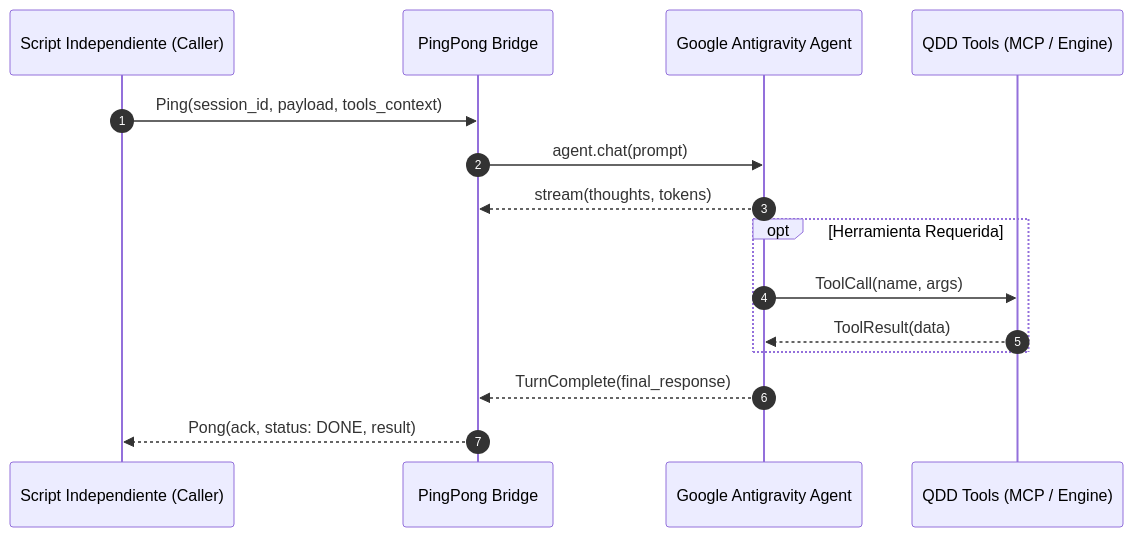
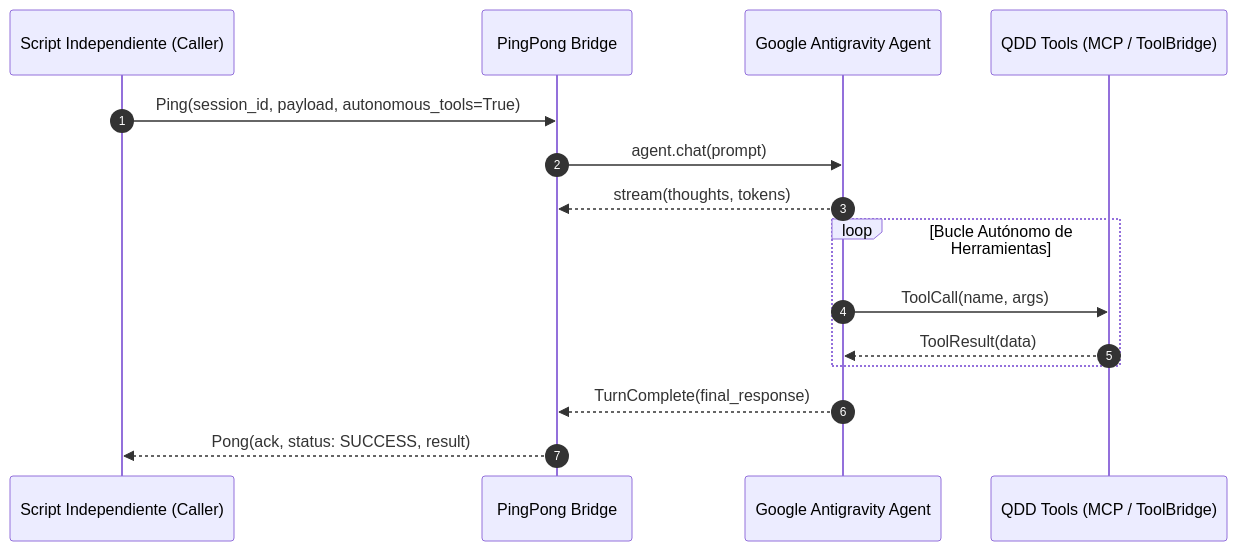
The diagram in plugins/qdd-antigravity-tools/skills/qdd-antigravity-tools/SKILL.md (trdago/qdd-framework), drawn with Mermaid before and after one commit. The commit also changed other lines of this file and 65 other files, not shown here.

First line of the commit message:
feat(plugins): qdd-antigravity-tools con backend agentapi y bucle autónomo de herramientas

````diff
--- a/plugins/qdd-antigravity-tools/skills/qdd-antigravity-tools/SKILL.md
+++ b/plugins/qdd-antigravity-tools/skills/qdd-antigravity-tools/SKILL.md
@@ -30,18 +31,18 @@
 ```mermaid
 sequenceDiagram
     autonumber
     participant Script as Script Independiente (Caller)
     participant Bridge as PingPong Bridge
     participant Agent as Google Antigravity Agent
-    participant Tools as QDD Tools (MCP / Engine)
+    participant Tools as QDD Tools (MCP / ToolBridge)
 
-    Script->>Bridge: Ping(session_id, payload, tools_context)
+    Script->>Bridge: Ping(session_id, payload, autonomous_tools=True)
     Bridge->>Agent: agent.chat(prompt)
     Agent-->>Bridge: stream(thoughts, tokens)
-    opt Herramienta Requerida
+    loop Bucle Autónomo de Herramientas
         Agent->>Tools: ToolCall(name, args)
         Tools-->>Agent: ToolResult(data)
     end
     Agent-->>Bridge: TurnComplete(final_response)
-    Bridge-->>Script: Pong(ack, status: DONE, result)
+    Bridge-->>Script: Pong(ack, status: SUCCESS, result)
 ```
````
